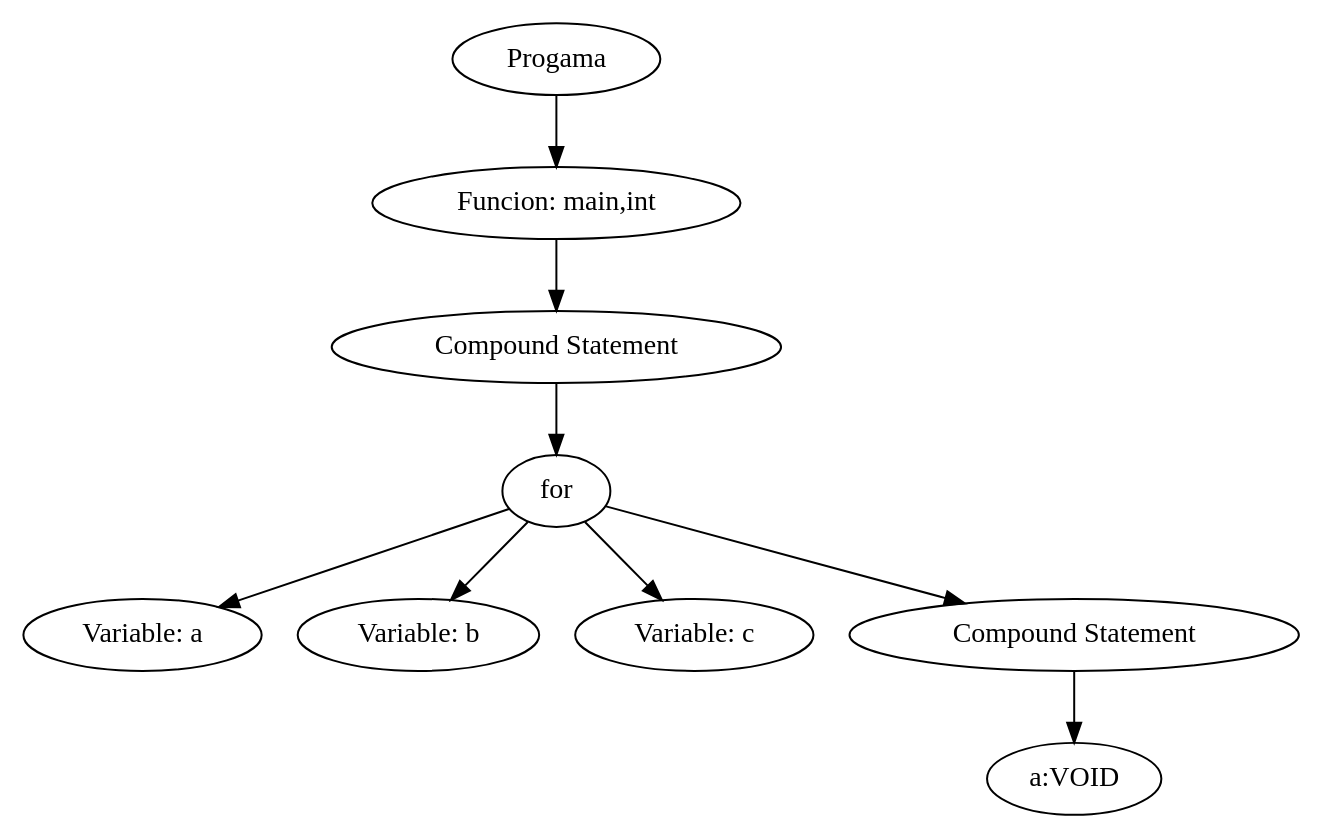
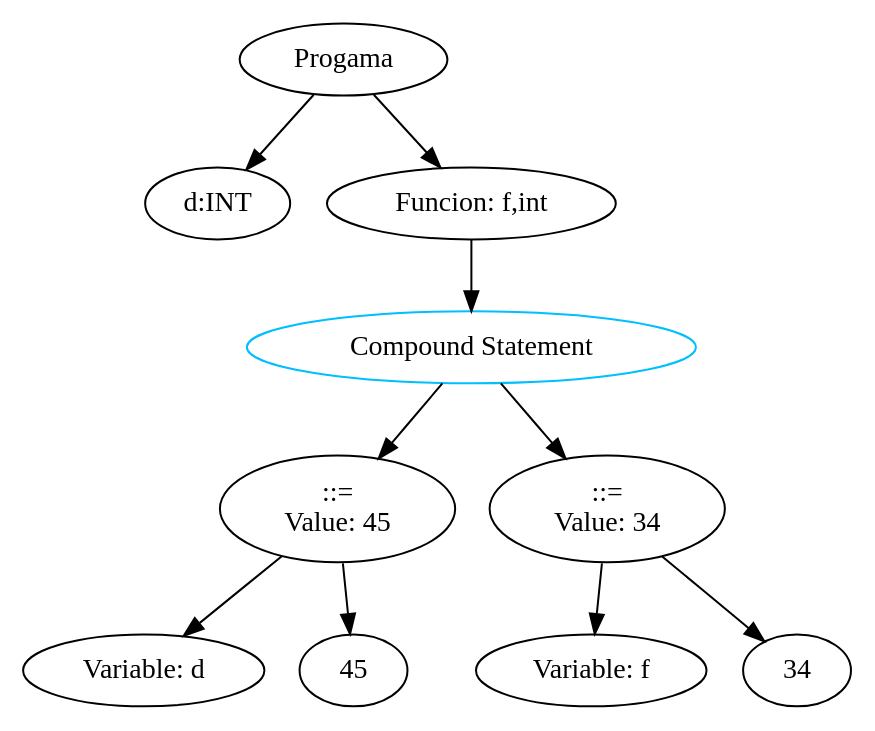
The diagram in Compilador/cod.dot (ComoSiempre/Compilador_T2), drawn with Graphviz before and after one commit. The commit also changed 17 other files, not shown here.

```diff
--- a/Compilador/cod.dot
+++ b/Compilador/cod.dot
@@ -1,19 +1,23 @@
 digraph G { 
 "nodo0"[label="Progama"]; 
-"nodo1"[label="Funcion: main,int"]; 
+"nodo1"[label="d:INT"]; 
 "nodo0"->"nodo1"; 
-"nodo2"[label="Compound Statement"]; 
-"nodo1"->"nodo2"; 
-"nodo3"[label="for"]; 
+"nodo2"[label="Funcion: f,int"]; 
+"nodo0"->"nodo2"; 
+"nodo3"[label="Compound Statement", color=deepskyblue]; 
 "nodo2"->"nodo3"; 
-"nodo4"[label="Variable: a"]; 
+"nodo4"[label="::=
+Value: 45"]; 
 "nodo3"->"nodo4"; 
-"nodo5"[label="Variable: b"]; 
-"nodo3"->"nodo5"; 
-"nodo6"[label="Variable: c"]; 
-"nodo3"->"nodo6"; 
-"nodo7"[label="Compound Statement"]; 
+"nodo5"[label="Variable: d"]; 
+"nodo4"->"nodo5"; 
+"nodo6"[label="45"]; 
+"nodo4"->"nodo6"; 
+"nodo7"[label="::=
+Value: 34"]; 
 "nodo3"->"nodo7"; 
-"nodo8"[label="a:VOID"]; 
+"nodo8"[label="Variable: f"]; 
 "nodo7"->"nodo8"; 
+"nodo9"[label="34"]; 
+"nodo7"->"nodo9"; 
 }
```
